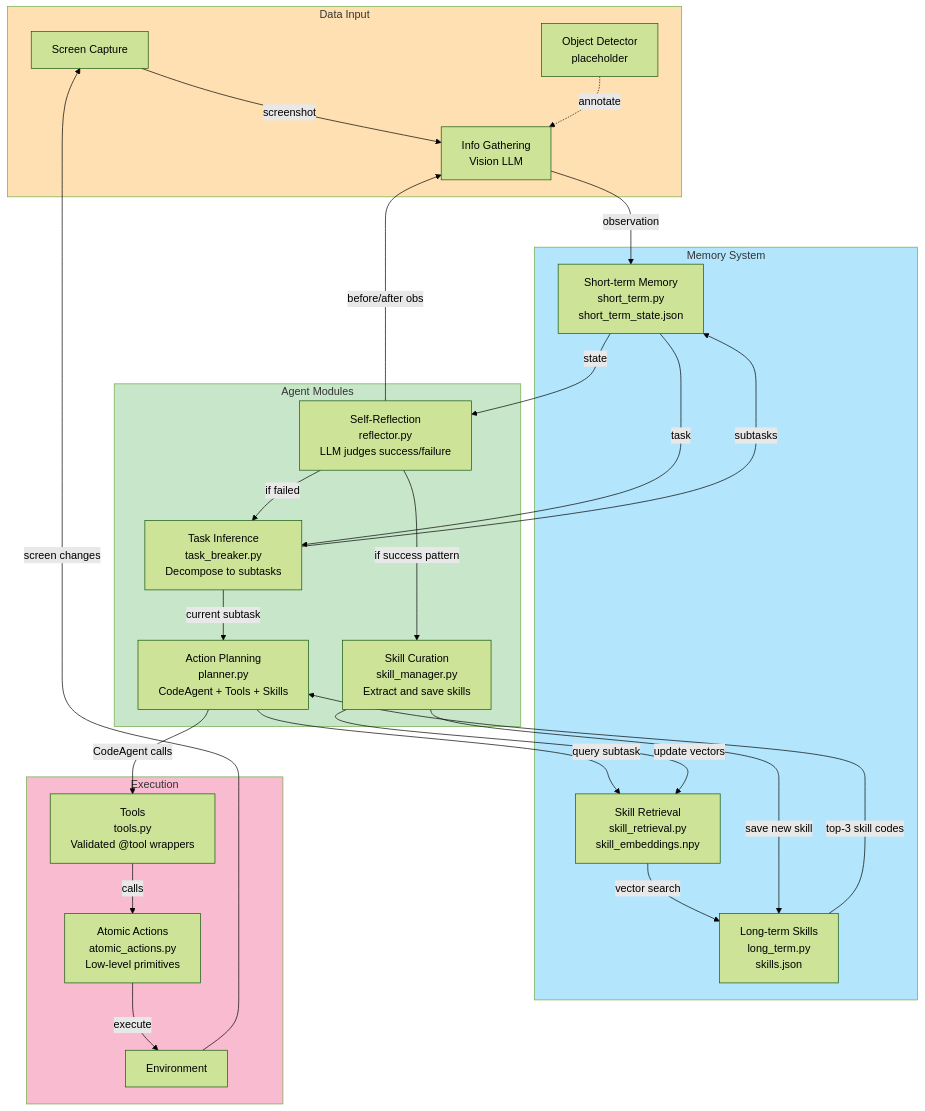
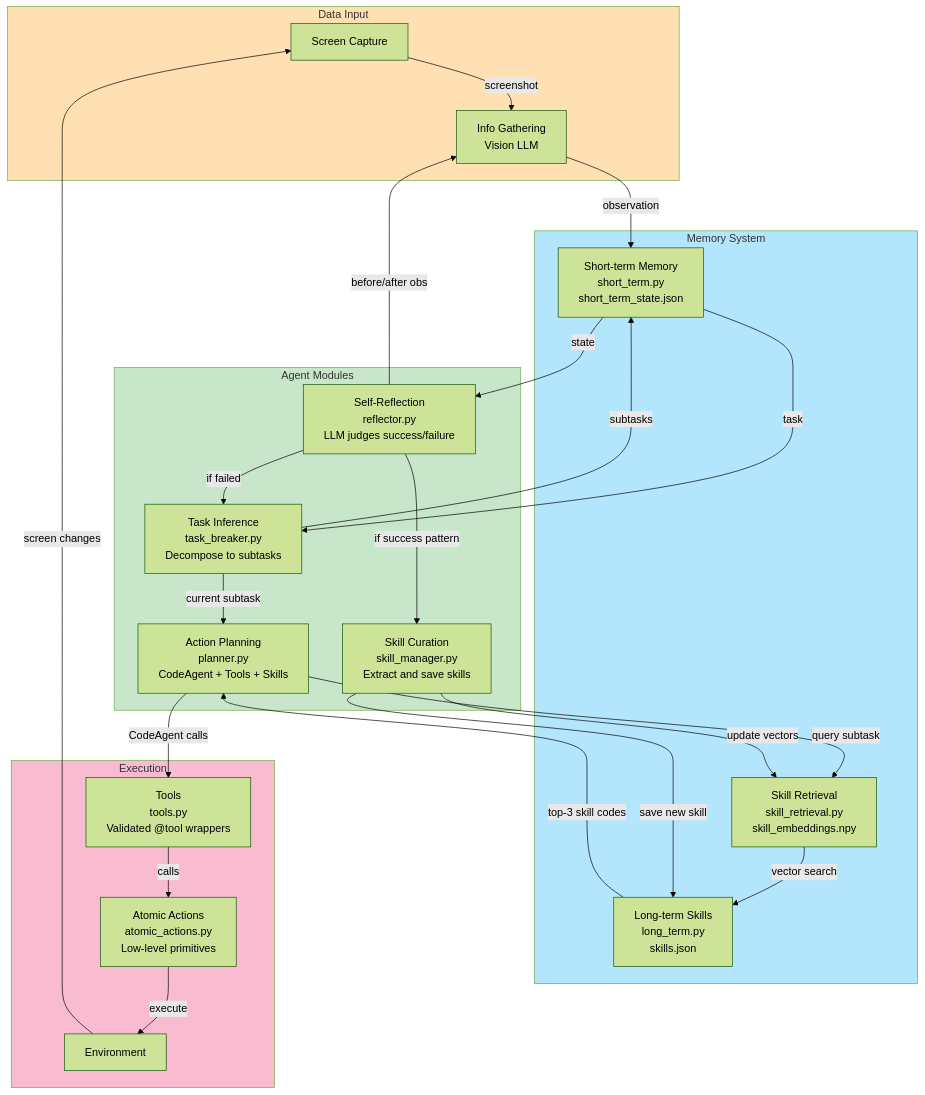
Before and after one commit to NokkTsang/AI_Gaming_Agent: the second of 2 diagrams in README.md, drawn with Mermaid (forest theme). The commit also changed 2 other files, not shown here.

Commit message:
Deleted object_detector

````diff
--- a/README.md
+++ b/README.md
@@ -108,62 +108,60 @@
 ```mermaid
 ---
 config:
   layout: dagre
 ---
 flowchart TB
     subgraph Input["Data Input"]
         A[Screen Capture]
         B[Info Gathering<br/>Vision LLM]
-        B2[Object Detector<br/>placeholder]
     end
 
     subgraph Memory["Memory System"]
         C1[Short-term Memory<br/>short_term.py<br/>short_term_state.json]
         C2[Long-term Skills<br/>long_term.py<br/>skills.json]
         C3[Skill Retrieval<br/>skill_retrieval.py<br/>skill_embeddings.npy]
     end
 
     subgraph Reasoning["Agent Modules"]
         D[Self-Reflection<br/>reflector.py<br/>LLM judges success/failure]
         E[Task Inference<br/>task_breaker.py<br/>Decompose to subtasks]
         F[Skill Curation<br/>skill_manager.py<br/>Extract and save skills]
         G[Action Planning<br/>planner.py<br/>CodeAgent + Tools + Skills]
     end
 
     subgraph Output["Execution"]
         H1[Atomic Actions<br/>atomic_actions.py<br/>Low-level primitives]
         H2[Tools<br/>tools.py<br/>Validated @tool wrappers]
         I[Environment]
     end
 
     A -->|screenshot| B
-    B2 -.->|annotate| B
     B -->|observation| C1
 
     C1 -->|state| D
     C1 -->|task| E
 
     E -->|subtasks| C1
     E -->|current subtask| G
 
     G -->|query subtask| C3
     C3 -->|vector search| C2
     C2 -->|top-3 skill codes| G
 
     D -->|before/after obs| B
     D -->|if failed| E
     D -->|if success pattern| F
 
     F -->|save new skill| C2
     F -->|update vectors| C3
 
     G -->|CodeAgent calls| H2
     H2 -->|calls| H1
     H1 -->|execute| I
     I -->|screen changes| A
 
     style Input fill:#FFE0B2
     style Memory fill:#B3E5FC
     style Reasoning fill:#C8E6C9
     style Output fill:#F8BBD0
 ```
````
